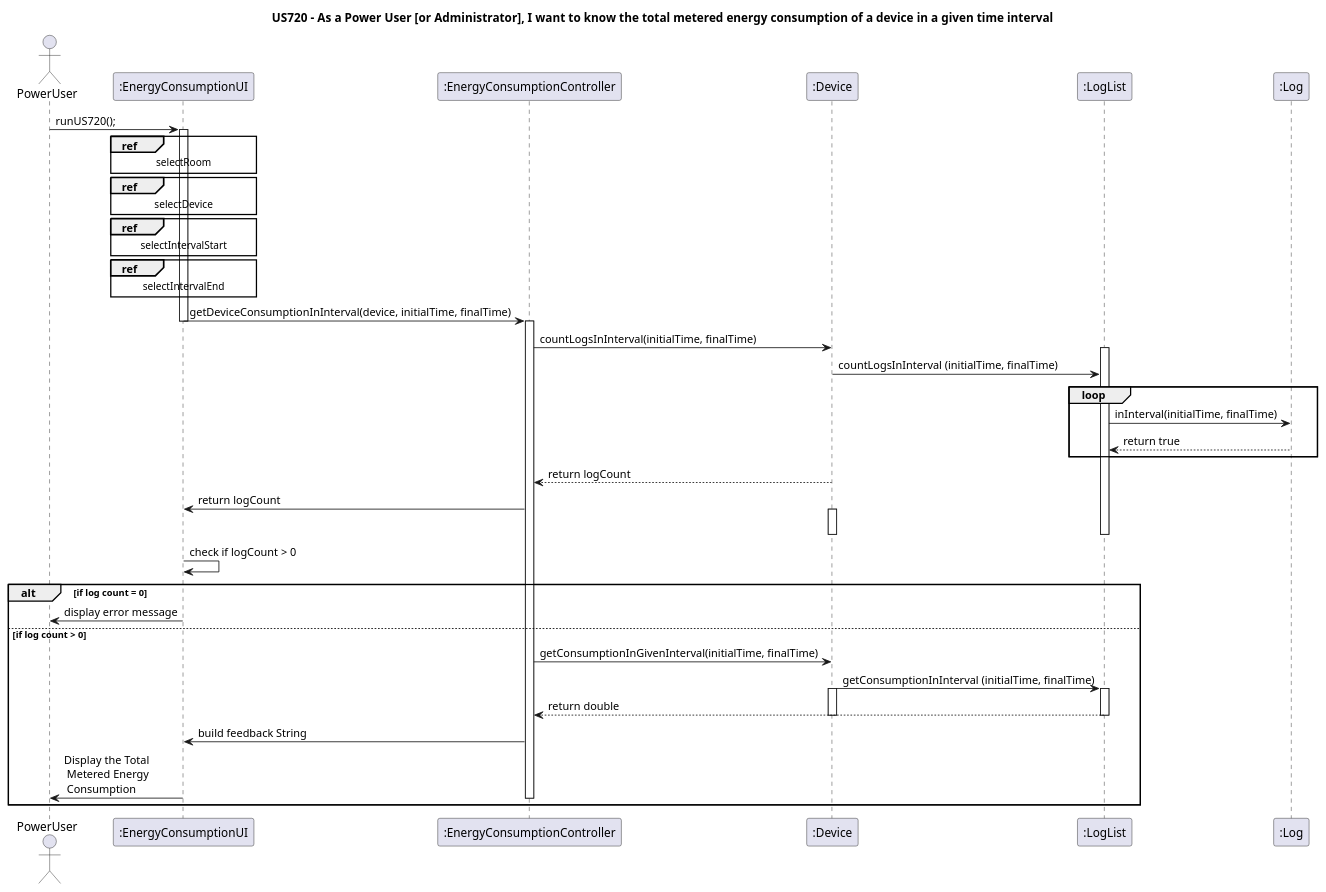
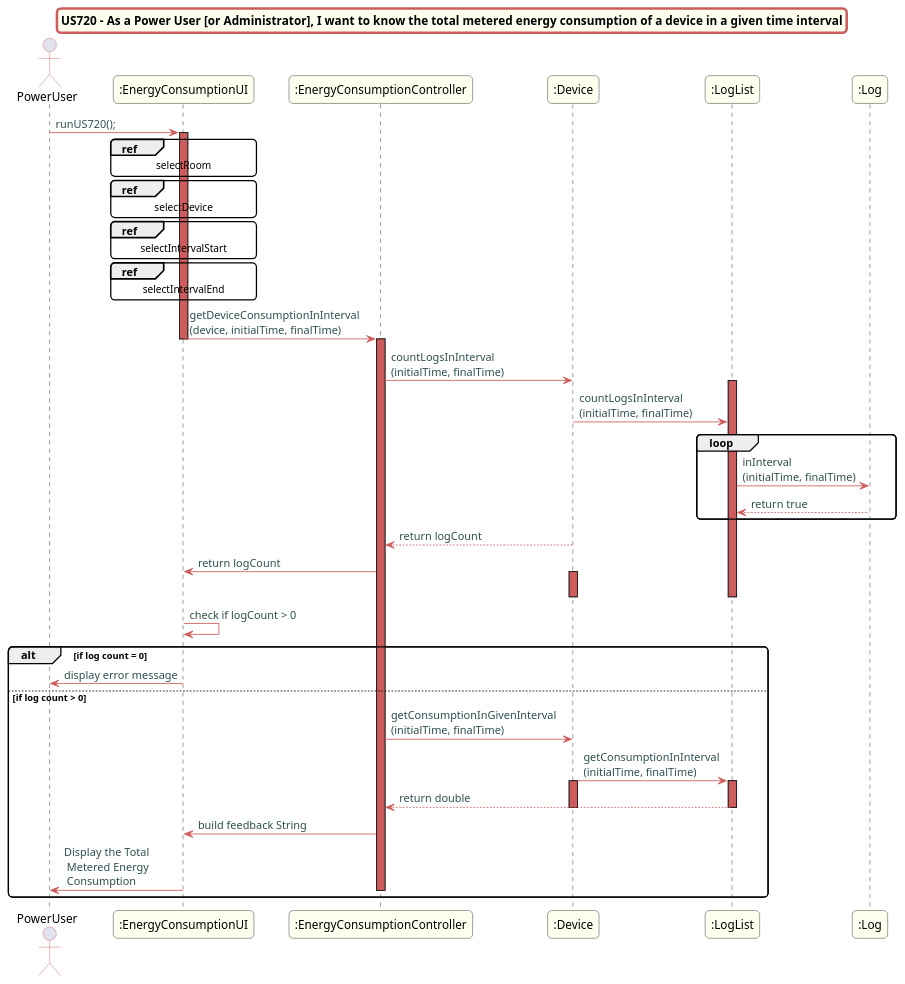
Before and after one commit to Almadanmp/project: the diagram in uml/US720/US720.puml, drawn with PlantUML. The commit also changed 18 other files, not shown here.

Commit message:
UML format changes

```diff
--- a/uml/US720/US720.puml
+++ b/uml/US720/US720.puml
@@ -1,49 +1,72 @@
 @startuml
+skinparam titleBorderRoundCorner 10
+skinparam titleBorderThickness 3
+skinparam titleBorderColor indianred
+skinparam titleBackgroundColor ivory
+skinparam FontName quicksand
+
+skinparam actor {
+ 	BorderColor indianred
+ 	}
+
+ skinparam sequence {
+ 	LifeLineBackgroundColor indianred
+ 	ParticipantBackgroundColor ivory
+ }
+
+ skinparam roundcorner 10
+
+ skinparam component {
+   arrowThickness 1
+   ArrowFontName Verdana
+   ArrowColor indianred
+   ArrowFontColor darkslategrey
+ }
 title US720 - As a Power User [or Administrator], I want to know the total metered energy consumption of a device in a given time interval
 actor PowerUser
 PowerUser -> ":EnergyConsumptionUI": runUS720();
 activate ":EnergyConsumptionUI"
 ref over ":EnergyConsumptionUI"
 selectRoom
 end ref
 ref over ":EnergyConsumptionUI"
 selectDevice
 end ref
 ref over ":EnergyConsumptionUI"
 selectIntervalStart
 end ref
 ref over ":EnergyConsumptionUI"
 selectIntervalEnd
 end ref
-":EnergyConsumptionUI" -> ":EnergyConsumptionController": getDeviceConsumptionInInterval(device, initialTime, finalTime)
+":EnergyConsumptionUI" -> ":EnergyConsumptionController": getDeviceConsumptionInInterval \n(device, initialTime, finalTime)
 deactivate ":EnergyConsumptionUI"
 activate ":EnergyConsumptionController"
 deactivate ":EnergyConsumptionController"
-":EnergyConsumptionController" -> ":Device": countLogsInInterval(initialTime, finalTime)
+":EnergyConsumptionController" -> ":Device": countLogsInInterval\n(initialTime, finalTime)
 activate ":LogList"
-":Device" -> ":LogList": countLogsInInterval (initialTime, finalTime)
+":Device" -> ":LogList": countLogsInInterval \n(initialTime, finalTime)
 loop
-":LogList" -> ":Log": inInterval(initialTime, finalTime)
+":LogList" -> ":Log": inInterval \n(initialTime, finalTime)
 ":Log" --> ":LogList": return true
 end
 ":Device" --> ":EnergyConsumptionController": return logCount
 ":EnergyConsumptionController" -> ":EnergyConsumptionUI": return logCount
 activate ":Device"
 deactivate ":LogList"
 deactivate ":Device"
 ":EnergyConsumptionUI" -> ":EnergyConsumptionUI": check if logCount > 0
 alt if log count = 0
 ":EnergyConsumptionUI" -> PowerUser: display error message
 else if log count > 0
-":EnergyConsumptionController" -> ":Device": getConsumptionInGivenInterval(initialTime, finalTime)
-":Device" -> ":LogList": getConsumptionInInterval (initialTime, finalTime)
+":EnergyConsumptionController" -> ":Device": getConsumptionInGivenInterval \n(initialTime, finalTime)
+":Device" -> ":LogList": getConsumptionInInterval \n(initialTime, finalTime)
 activate ":LogList"
 activate ":Device"
 ":LogList" --> ":EnergyConsumptionController": return double
 deactivate ":Device"
 deactivate ":LogList"
 ":EnergyConsumptionController" -> ":EnergyConsumptionUI": build feedback String
 ":EnergyConsumptionUI" -> PowerUser: Display the Total\n Metered Energy \n Consumption
 deactivate ":EnergyConsumptionController"
 end alt
 @enduml
```
